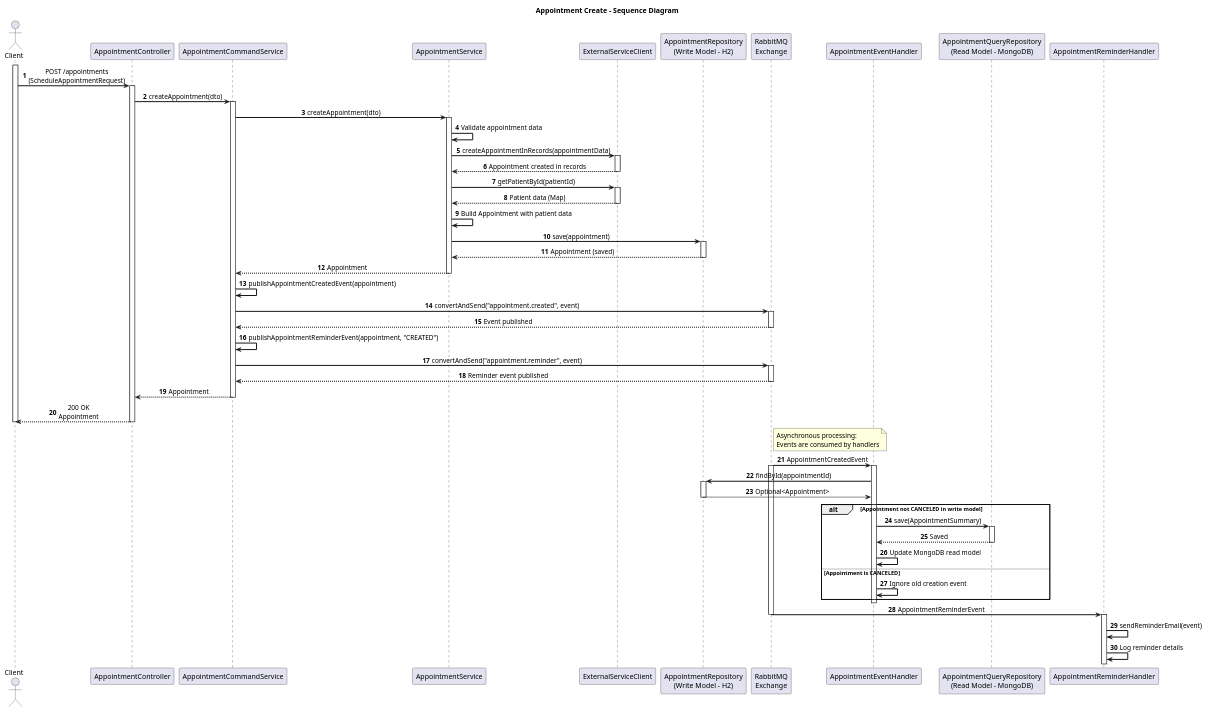
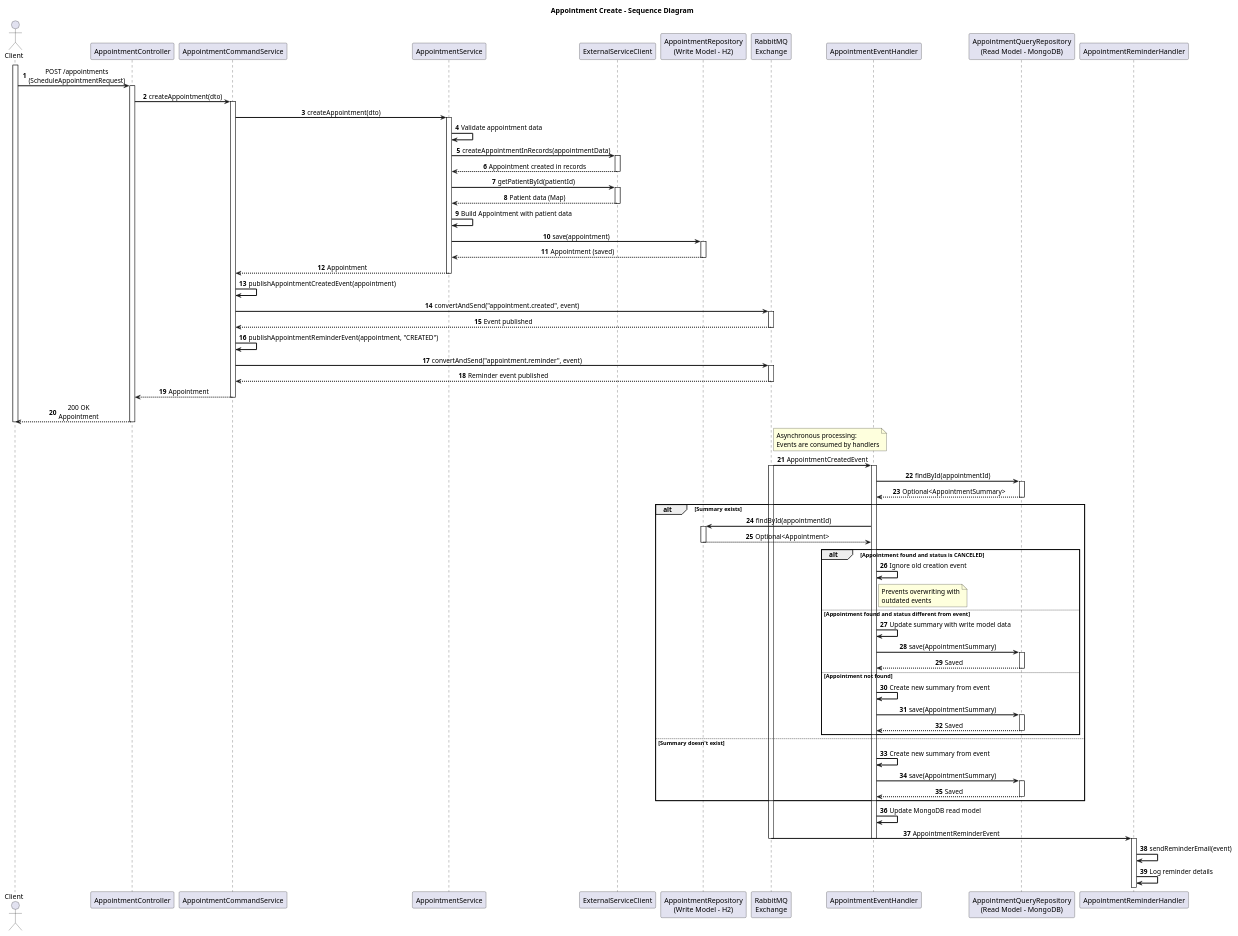
Before and after one commit to pedrods05/LETI_SIDIS_3DA_6: the diagram in DOCS2/C4+1/AppointmentCreate-Sequence.puml, drawn with PlantUML. The commit also changed 1 other file, not shown here.

```diff
--- a/DOCS2/C4+1/AppointmentCreate-Sequence.puml
+++ b/DOCS2/C4+1/AppointmentCreate-Sequence.puml
@@ -1,99 +1,123 @@
 @startuml AppointmentCreate-Sequence
 skinparam backgroundColor #FFFFFF
 skinparam sequenceMessageAlign center
 skinparam sequenceArrowThickness 2
 
 title Appointment Create - Sequence Diagram
 
 actor Client
 participant "AppointmentController" as Controller
 participant "AppointmentCommandService" as CommandService
 participant "AppointmentService" as Service
 participant "ExternalServiceClient" as ExternalClient
 participant "AppointmentRepository\n(Write Model - H2)" as WriteRepo
 participant "RabbitMQ\nExchange" as RabbitMQ
 participant "AppointmentEventHandler" as EventHandler
 participant "AppointmentQueryRepository\n(Read Model - MongoDB)" as ReadRepo
 participant "AppointmentReminderHandler" as ReminderHandler
 
 autonumber
 activate Client
 Client -> Controller: POST /appointments\n(ScheduleAppointmentRequest)
 activate Controller
 
 Controller -> CommandService: createAppointment(dto)
 activate CommandService
 
 CommandService -> Service: createAppointment(dto)
 activate Service
 
 Service -> Service: Validate appointment data
 Service -> ExternalClient: createAppointmentInRecords(appointmentData)
 activate ExternalClient
 ExternalClient --> Service: Appointment created in records
 deactivate ExternalClient
 
 Service -> ExternalClient: getPatientById(patientId)
 activate ExternalClient
 ExternalClient --> Service: Patient data (Map)
 deactivate ExternalClient
 
 Service -> Service: Build Appointment with patient data
 Service -> WriteRepo: save(appointment)
 activate WriteRepo
 WriteRepo --> Service: Appointment (saved)
 deactivate WriteRepo
 
 Service --> CommandService: Appointment
 deactivate Service
 
 CommandService -> CommandService: publishAppointmentCreatedEvent(appointment)
 CommandService -> RabbitMQ: convertAndSend("appointment.created", event)
 activate RabbitMQ
 RabbitMQ --> CommandService: Event published
 deactivate RabbitMQ
 
 CommandService -> CommandService: publishAppointmentReminderEvent(appointment, "CREATED")
 CommandService -> RabbitMQ: convertAndSend("appointment.reminder", event)
 activate RabbitMQ
 RabbitMQ --> CommandService: Reminder event published
 deactivate RabbitMQ
 
 CommandService --> Controller: Appointment
 deactivate CommandService
 
 Controller --> Client: 200 OK\nAppointment
 deactivate Controller
 deactivate Client
 
 note right of RabbitMQ
   Asynchronous processing:
   Events are consumed by handlers
 end note
 
 RabbitMQ -> EventHandler: AppointmentCreatedEvent
 activate RabbitMQ
 activate EventHandler
-EventHandler -> WriteRepo: findById(appointmentId)
-activate WriteRepo
-WriteRepo --> EventHandler: Optional<Appointment>
-deactivate WriteRepo
 
-alt Appointment not CANCELED in write model
+EventHandler -> ReadRepo: findById(appointmentId)
+activate ReadRepo
+ReadRepo --> EventHandler: Optional<AppointmentSummary>
+deactivate ReadRepo
+
+alt Summary exists
+    EventHandler -> WriteRepo: findById(appointmentId)
+    activate WriteRepo
+    WriteRepo --> EventHandler: Optional<Appointment>
+    deactivate WriteRepo
+
+    alt Appointment found and status is CANCELED
+        EventHandler -> EventHandler: Ignore old creation event
+        note right of EventHandler
+          Prevents overwriting with
+          outdated events
+        end note
+    else Appointment found and status different from event
+        EventHandler -> EventHandler: Update summary with write model data
+        EventHandler -> ReadRepo: save(AppointmentSummary)
+        activate ReadRepo
+        ReadRepo --> EventHandler: Saved
+        deactivate ReadRepo
+    else Appointment not found
+        EventHandler -> EventHandler: Create new summary from event
+        EventHandler -> ReadRepo: save(AppointmentSummary)
+        activate ReadRepo
+        ReadRepo --> EventHandler: Saved
+        deactivate ReadRepo
+    end
+else Summary doesn't exist
+    EventHandler -> EventHandler: Create new summary from event
     EventHandler -> ReadRepo: save(AppointmentSummary)
     activate ReadRepo
     ReadRepo --> EventHandler: Saved
     deactivate ReadRepo
-    EventHandler -> EventHandler: Update MongoDB read model
-else Appointment is CANCELED
-    EventHandler -> EventHandler: Ignore old creation event
 end
 
+EventHandler -> EventHandler: Update MongoDB read model
+RabbitMQ -> ReminderHandler: AppointmentReminderEvent
 deactivate EventHandler
-
-RabbitMQ -> ReminderHandler: AppointmentReminderEvent
 deactivate RabbitMQ
 activate ReminderHandler
 ReminderHandler -> ReminderHandler: sendReminderEmail(event)
 ReminderHandler -> ReminderHandler: Log reminder details
 @enduml
```
